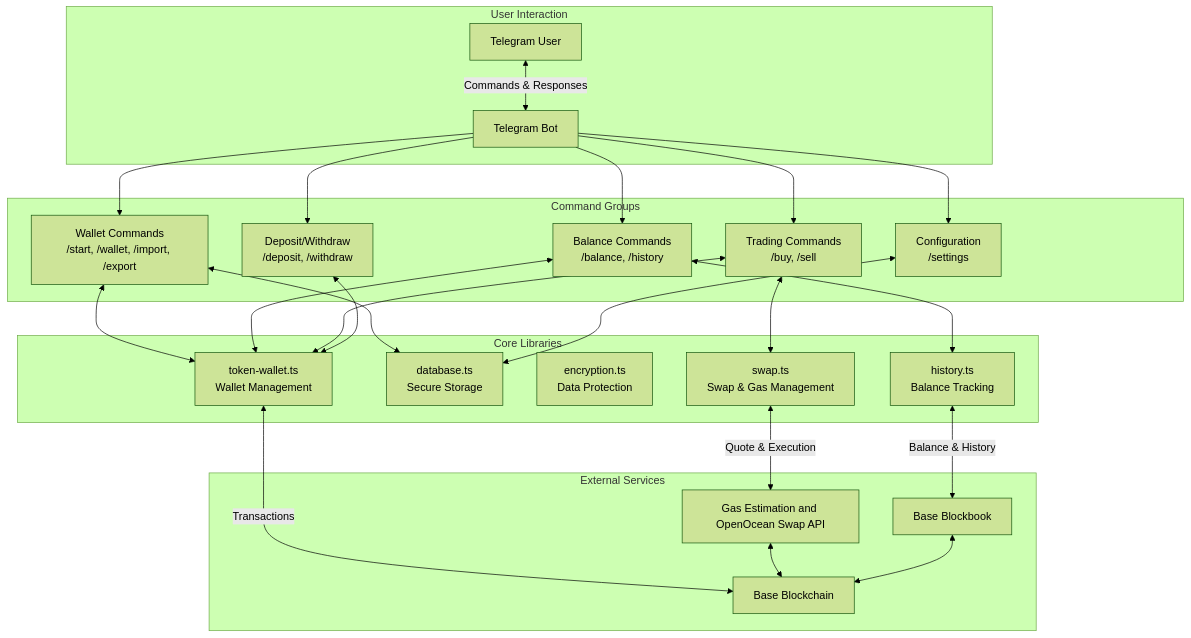
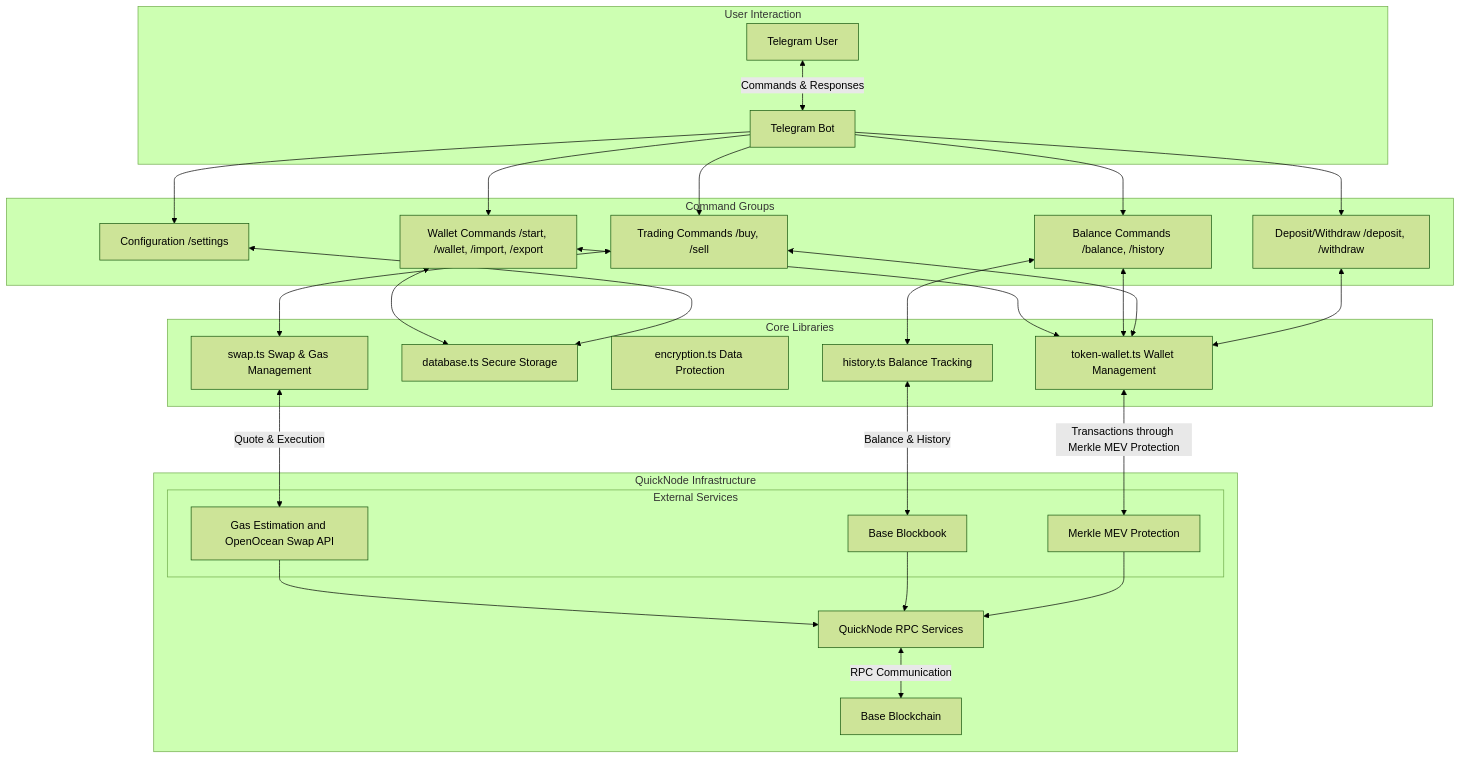
Before and after one commit to quiknode-labs/qn-guide-examples: the diagram in base/telegram-trading-bot/README.md, drawn with Mermaid (forest theme).

Commit message:
update diagram

````diff
--- a/base/telegram-trading-bot/README.md
+++ b/base/telegram-trading-bot/README.md
@@ -49,52 +49,62 @@
 ```mermaid
 flowchart TD
     subgraph "User Interaction"
         User["Telegram User"]
         Bot["Telegram Bot"]
     end
 
     subgraph "Command Groups"
-        WalletCmds["Wallet Commands\n/start, /wallet, /import, /export"]
-        BalanceCmds["Balance Commands\n/balance, /history"]
-        TradeCmds["Trading Commands\n/buy, /sell"]
-        ConfigCmds["Configuration\n/settings"]
-        DepositCmds["Deposit/Withdraw\n/deposit, /withdraw"]
+        WalletCmds["Wallet Commands /start, /wallet, /import, /export"]
+        BalanceCmds["Balance Commands /balance, /history"]
+        TradeCmds["Trading Commands /buy, /sell"]
+        ConfigCmds["Configuration /settings"]
+        DepositCmds["Deposit/Withdraw /deposit, /withdraw"]
     end
     
     subgraph "Core Libraries"
-        LibWallet["token-wallet.ts\nWallet Management"]
-        LibDatabase["database.ts\nSecure Storage"]
-        LibEncryption["encryption.ts\nData Protection"]
-        LibHistory["history.ts\nBalance Tracking"]
-        LibSwap["swap.ts\nSwap & Gas Management"]
+        LibWallet["token-wallet.ts Wallet Management"]
+        LibDatabase["database.ts Secure Storage"]
+        LibEncryption["encryption.ts Data Protection"]
+        LibHistory["history.ts Balance Tracking"]
+        LibSwap["swap.ts Swap & Gas Management"]
     end
     
     User <-->|Commands & Responses| Bot
     
     Bot --> WalletCmds & BalanceCmds & TradeCmds & ConfigCmds & DepositCmds
     
     WalletCmds <--> LibWallet
     WalletCmds <--> LibDatabase
     
     BalanceCmds <--> LibWallet
     BalanceCmds <--> LibHistory
     
     TradeCmds <--> LibWallet
     TradeCmds <--> LibSwap
     
     DepositCmds <--> LibWallet
     
     ConfigCmds <--> LibDatabase
     
-    subgraph "External Services"
-        APISwap["Gas Estimation and OpenOcean Swap API"]
-        APIHistory["Base Blockbook"]
+    subgraph "QuickNode Infrastructure"
+        QuickNode["QuickNode RPC Services"]
+        
+        subgraph "External Services"
+            APISwap["Gas Estimation and OpenOcean Swap API"]
+            APIHistory["Base Blockbook"]
+            MEVProtection["Merkle MEV Protection"]
+        end
+        
         Blockchain["Base Blockchain"]
     end
     
     LibSwap <-->|Quote & Execution| APISwap
     LibHistory <-->|Balance & History| APIHistory
-    LibWallet <-->|Transactions| Blockchain
+    LibWallet <-->|Transactions through Merkle MEV Protection| MEVProtection
     
-    APISwap & APIHistory <--> Blockchain
+    APISwap --> QuickNode
+    APIHistory --> QuickNode
+    MEVProtection --> QuickNode
+    
+    QuickNode <-->|RPC Communication| Blockchain
 ```
````
